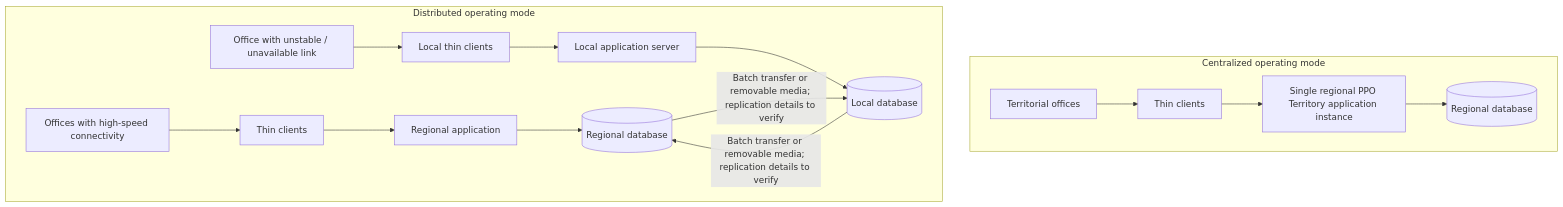
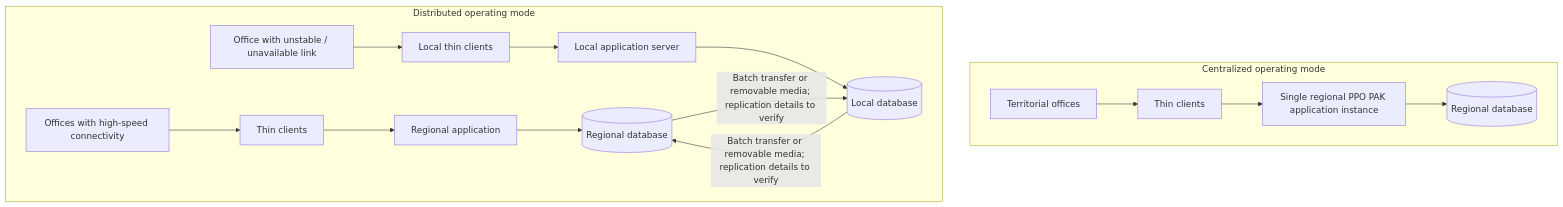
The fifth of 10 diagrams in materials/architecture/README.md (ekatmoz88-alt/territory-descriptor-unified), drawn with Mermaid before and after one commit. The commit also changed other lines of this file, not shown here.

Commit message:
Rebrand project references to PPO PAK

````diff
--- a/materials/architecture/README.md
+++ b/materials/architecture/README.md
@@ -142,25 +142,25 @@
 ```mermaid
 flowchart TB
   subgraph CENTRAL["Centralized operating mode"]
     C_OFFICES["Territorial offices"]
     C_THIN["Thin clients"]
-    C_APP["Single regional PPO Territory application instance"]
+    C_APP["Single regional PPO PAK application instance"]
     C_DB[("Regional database")]
     C_OFFICES --> C_THIN --> C_APP --> C_DB
   end
 
   subgraph DISTRIBUTED["Distributed operating mode"]
     R_OFFICES["Offices with high-speed connectivity"]
     R_THIN["Thin clients"]
     R_APP["Regional application"]
     R_DB[("Regional database")]
     L_OFFICE["Office with unstable / unavailable link"]
     L_THIN["Local thin clients"]
     L_APP["Local application server"]
     L_DB[("Local database")]
     R_OFFICES --> R_THIN --> R_APP --> R_DB
     L_OFFICE --> L_THIN --> L_APP --> L_DB
     L_DB -->|Batch transfer or removable media; replication details to verify| R_DB
     R_DB -->|Batch transfer or removable media; replication details to verify| L_DB
   end
 ```
````
